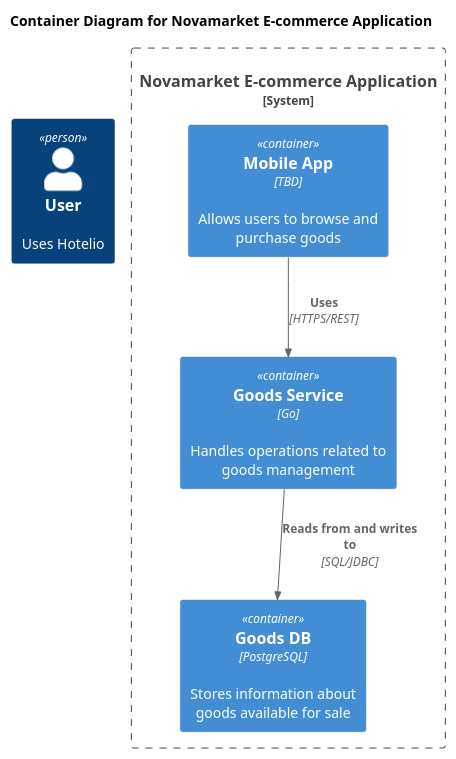
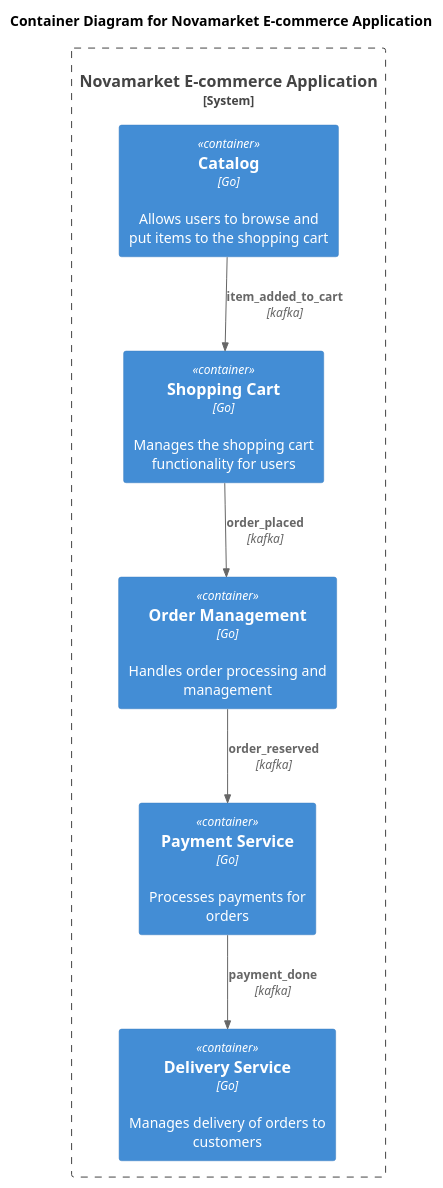
The diagram in task1/container.puml (WowSoLaggy/msa-3-novamarket), drawn with PlantUML before and after one commit. The commit also changed 5 other files, not shown here.

```diff
--- a/task1/container.puml
+++ b/task1/container.puml
@@ -1,19 +1,19 @@
 @startuml container.puml
 title Container Diagram for Novamarket E-commerce Application
 
 !includeurl https://raw.githubusercontent.com/RicardoNiepel/C4-PlantUML/master/C4_Component.puml
 
-Person(user, "User", "Uses Hotelio")
+System_Boundary(novamarket, "Novamarket E-commerce Application") {
+  Container(catalog, "Catalog", "Go", "Allows users to browse and put items to the shopping cart")
+  Container(cart, "Shopping Cart", "Go", "Manages the shopping cart functionality for users")
+  Container(order, "Order Management", "Go", "Handles order processing and management")
+  Container(payment, "Payment Service", "Go", "Processes payments for orders")
+  Container(delivery, "Delivery Service", "Go", "Manages delivery of orders to customers")
 
-System_Boundary(novamarket, "Novamarket E-commerce Application") {
-  Container(mobile_app, "Mobile App", "TBD", "Allows users to browse and purchase goods")
-
-  Container(goods_service, "Goods Service", "Go", "Handles operations related to goods management")
-
-  Container(db_goods, "Goods DB", "PostgreSQL", "Stores information about goods available for sale")
-
-  Rel(mobile_app, goods_service, "Uses", "HTTPS/REST")
-  Rel(goods_service, db_goods, "Reads from and writes to", "SQL/JDBC")
+  Rel(catalog, cart, "item_added_to_cart", "kafka")
+  Rel(cart, order, "order_placed", "kafka")
+  Rel(order, payment, "order_reserved", "kafka")
+  Rel(payment, delivery, "payment_done", "kafka")
 }
 
 @enduml
```
